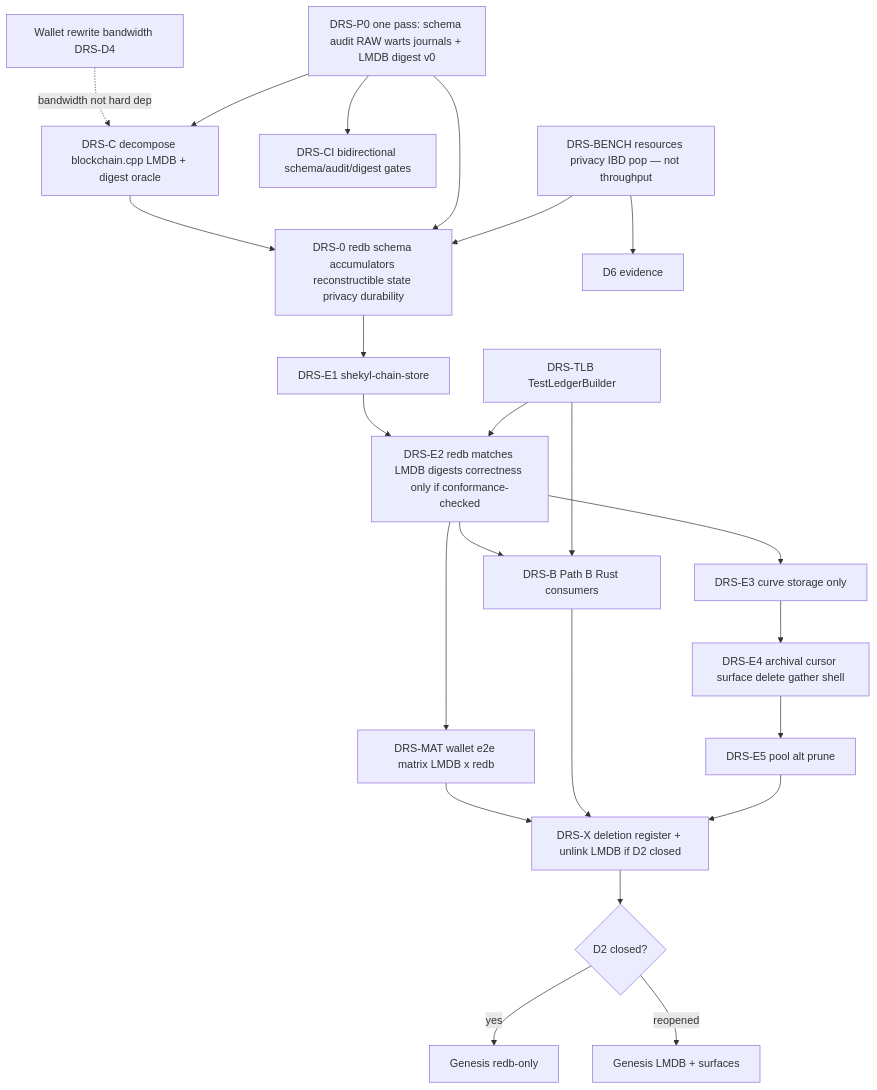
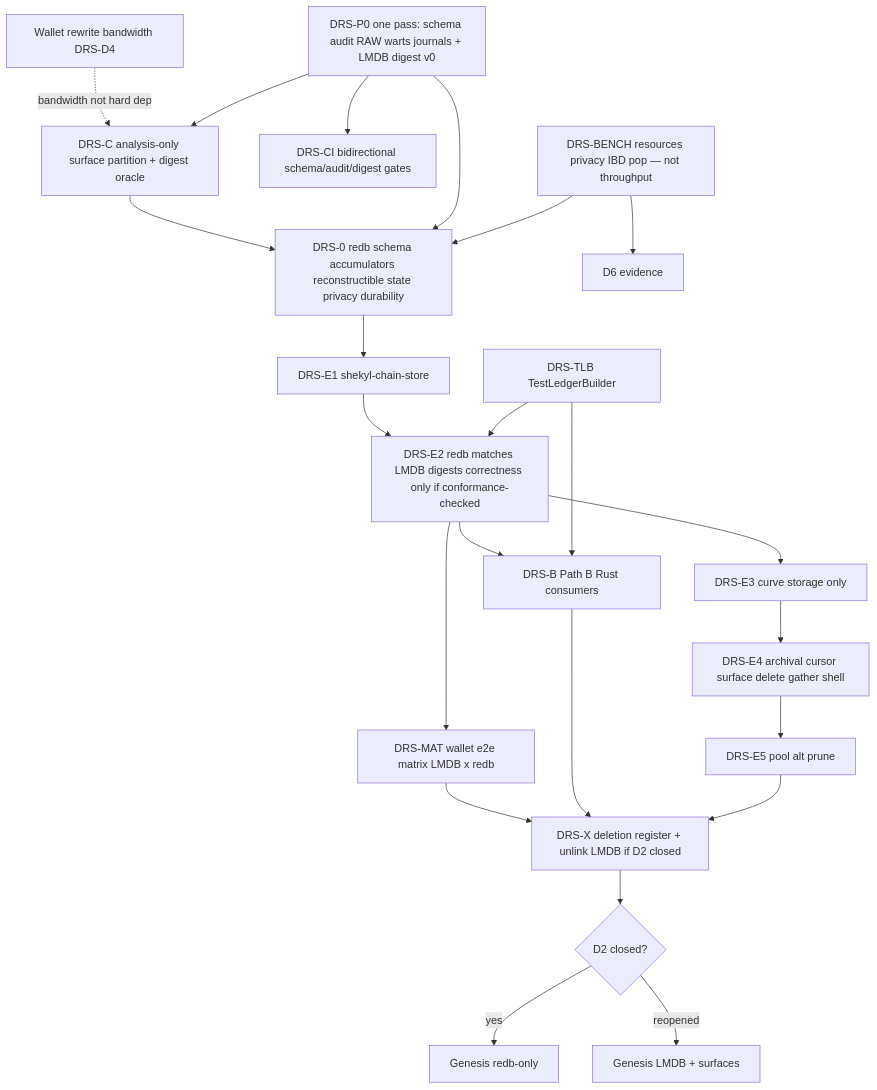
Before and after one commit to Shekyl-Foundation/shekyl-core: the diagram in docs/design/DAEMON_REDB_STORE.md, drawn with Mermaid. The commit also changed other lines of this file and 4 other files, not shown here.

````diff
--- a/docs/design/DAEMON_REDB_STORE.md
+++ b/docs/design/DAEMON_REDB_STORE.md
@@ -505,40 +519,40 @@
 ```mermaid
 flowchart TD
   BENCH[DRS-BENCH resources privacy IBD pop — not throughput]
   P0[DRS-P0 one pass: schema audit RAW warts journals + LMDB digest v0]
   CI[DRS-CI bidirectional schema/audit/digest gates]
   TLB[DRS-TLB TestLedgerBuilder]
   W[Wallet rewrite bandwidth DRS-D4]
-  C[DRS-C decompose blockchain.cpp LMDB + digest oracle]
+  C[DRS-C analysis-only surface partition + digest oracle]
   D0[DRS-0 redb schema accumulators reconstructible state privacy durability]
   E1[DRS-E1 shekyl-chain-store]
   E2[DRS-E2 redb matches LMDB digests correctness only if conformance-checked]
   E3[DRS-E3 curve storage only]
   E4[DRS-E4 archival cursor surface delete gather shell]
   E5[DRS-E5 pool alt prune]
   B[DRS-B Path B Rust consumers]
   MAT[DRS-MAT wallet e2e matrix LMDB x redb]
   X[DRS-X deletion register + unlink LMDB if D2 closed]
   G{D2 closed?}
   G1[Genesis redb-only]
   G2[Genesis LMDB + surfaces]
   BENCH --> D0
   BENCH --> D6ev[D6 evidence]
   P0 --> CI
   P0 --> C
   P0 --> D0
   TLB --> E2
   TLB --> B
   W -.->|bandwidth not hard dep| C
   C --> D0
   D0 --> E1 --> E2
   E2 --> E3 --> E4 --> E5
   E2 --> MAT
   E2 --> B
   E5 --> X
   B --> X
   MAT --> X
   X --> G
   G -->|yes| G1
   G -->|reopened| G2
 ```
````
